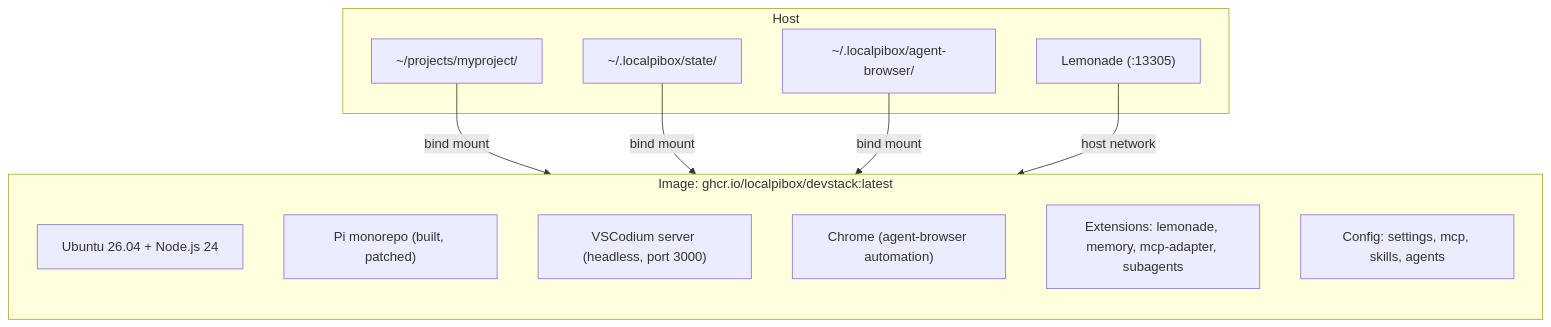
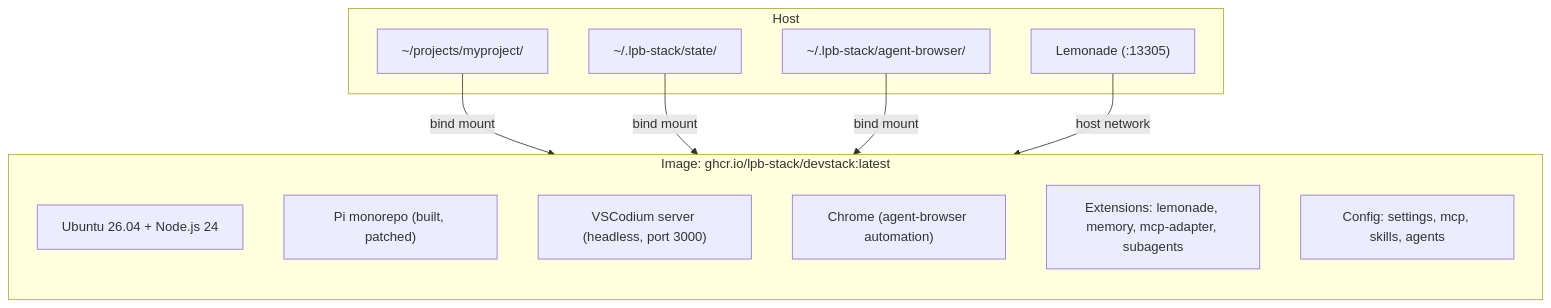
Before and after one commit to localpibox/devstack: the first of 3 diagrams in README.md, drawn with Mermaid. The commit also changed other lines of this file and 21 other files, not shown here.

First line of the commit message:
chore: migrate to lpb-stack org

````diff
--- a/README.md
+++ b/README.md
@@ -65,24 +65,24 @@
 ```mermaid
 flowchart TB
     subgraph Host
         H1["~/projects/myproject/"]
-        H2["~/.localpibox/state/"]
-        H3["~/.localpibox/agent-browser/"]
+        H2["~/.lpb-stack/state/"]
+        H3["~/.lpb-stack/agent-browser/"]
         H4["Lemonade (:13305)"]
     end
 
-    subgraph Image["Image: ghcr.io/localpibox/devstack:latest"]
+    subgraph Image["Image: ghcr.io/lpb-stack/devstack:latest"]
         direction TB
         I1["Ubuntu 26.04 + Node.js 24"]
         I2["Pi monorepo (built, patched)"]
         I3["VSCodium server (headless, port 3000)"]
         I4["Chrome (agent-browser automation)"]
         I5["Extensions: lemonade, memory, mcp-adapter, subagents"]
         I6["Config: settings, mcp, skills, agents"]
     end
 
     H1 -->|bind mount| I1
     H2 -->|bind mount| I2
     H3 -->|bind mount| I3
     H4 -->|host network| I4
 ```
````
